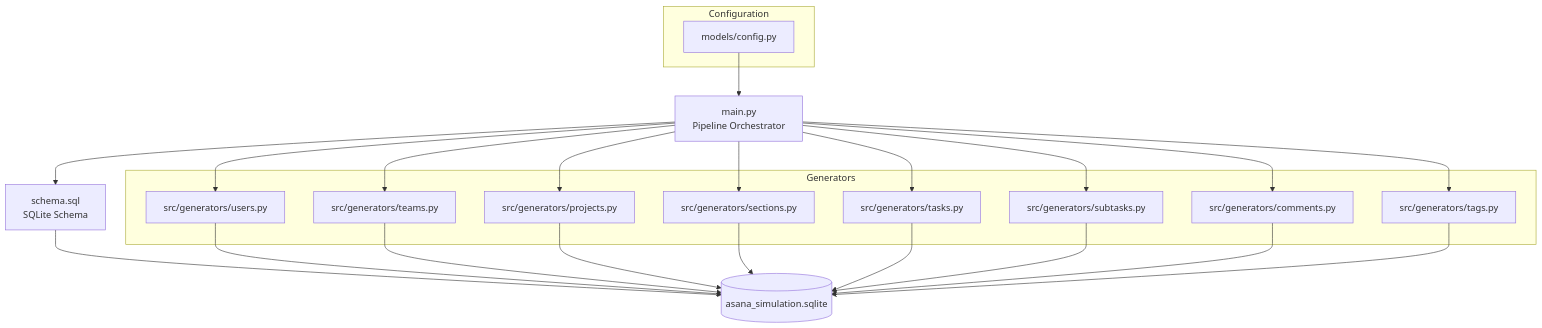
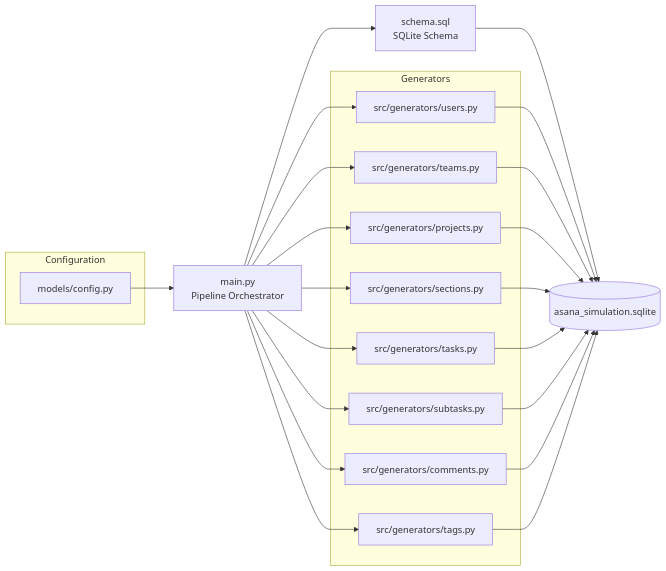
One commit to okroshan4u/Aasna changed the diagram in README.md. Above: the diagram before and after it, drawn with Mermaid.

Commit message:
Fix mermaid flowchart syntax in README.md

````diff
--- a/README.md
+++ b/README.md
@@ -86,42 +86,42 @@
 ```mermaid
-flowchart TD
+flowchart LR
     A[main.py<br/>Pipeline Orchestrator]
 
     A --> B[schema.sql<br/>SQLite Schema]
     B --> C[(asana_simulation.sqlite)]
 
     A --> D[User Generator]
     A --> E[Team & Membership Generator]
     A --> F[Project Generator]
     A --> G[Section Generator]
     A --> H[Task Generator]
     A --> I[Subtask Generator]
     A --> J[Comment Generator]
     A --> K[Tag Generator]
 
     D --> C
     E --> C
     F --> C
     G --> C
     H --> C
     I --> C
     J --> C
     K --> C
 
     subgraph Generators
         D[src/generators/users.py]
         E[src/generators/teams.py]
         F[src/generators/projects.py]
         G[src/generators/sections.py]
         H[src/generators/tasks.py]
         I[src/generators/subtasks.py]
         J[src/generators/comments.py]
         K[src/generators/tags.py]
     end
 
     subgraph Configuration
         L[models/config.py]
     end
 
     L --> A
 ```
````
